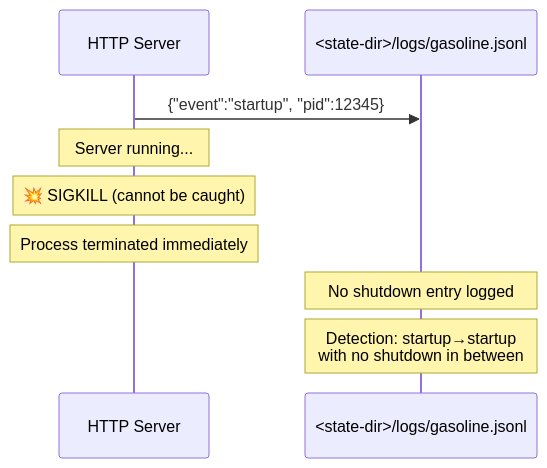
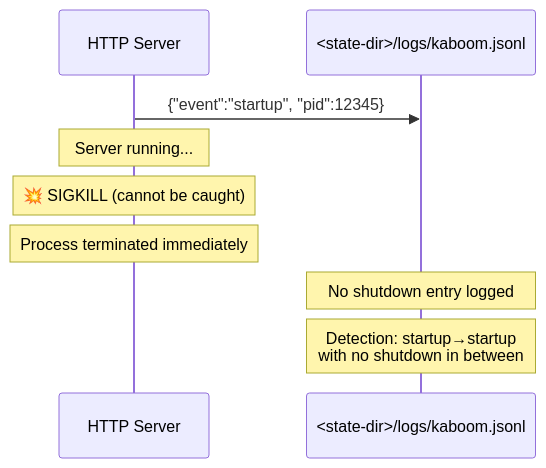
Diagram 15 of 17 in docs/features/mcp-persistent-server/architecture.md (brennhill/gasoline-mcp-ai-devtools), drawn with Mermaid before and after one commit. The commit also changed other lines of this file and 1983 other files, not shown here.

````diff
--- a/docs/features/mcp-persistent-server/architecture.md
+++ b/docs/features/mcp-persistent-server/architecture.md
@@ -476,13 +476,13 @@
 ```mermaid
 sequenceDiagram
     participant Server as HTTP Server
-    participant Logs as <state-dir>/logs/gasoline.jsonl
+    participant Logs as <state-dir>/logs/kaboom.jsonl
 
     Server->>Logs: {"event":"startup", "pid":12345}
     Note over Server: Server running...
     Note over Server: 💥 SIGKILL (cannot be caught)
     Note over Server: Process terminated immediately
     Note over Logs: No shutdown entry logged
 
     Note over Logs: Detection: startup→startup<br/>with no shutdown in between
 ```
````
